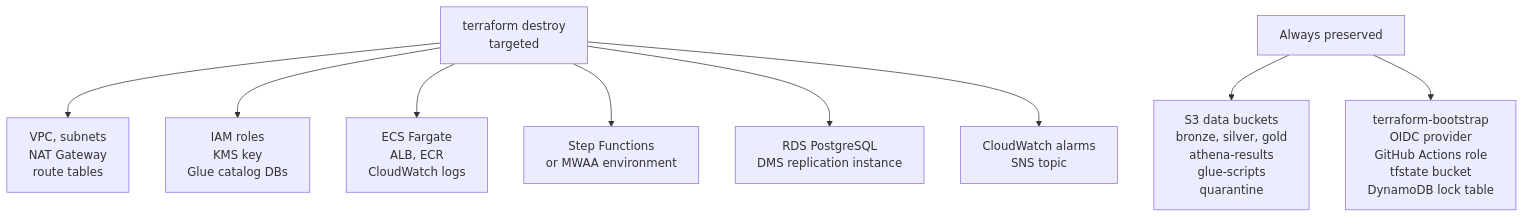
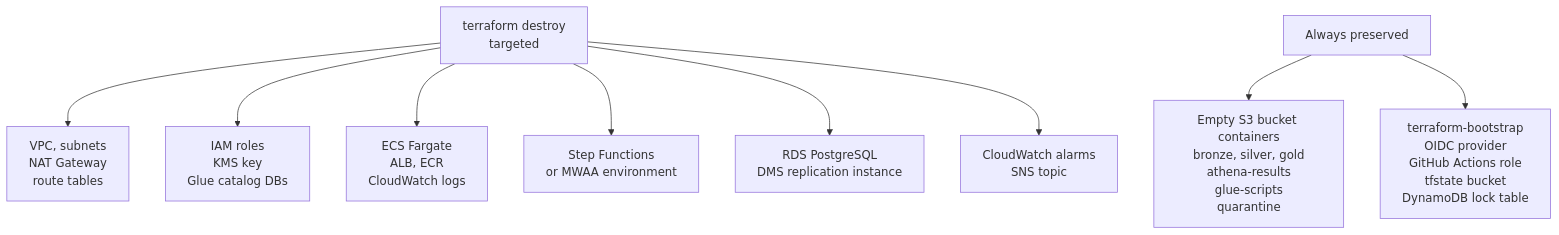
Before and after one commit to enterprise-data-platform-emeka/platform-session-orchestrator: the fourth of 4 diagrams in README.md, drawn with Mermaid. The commit also changed other lines of this file and 9 other files, not shown here.

````diff
--- a/README.md
+++ b/README.md
@@ -142,12 +143,12 @@
 ```mermaid
 flowchart TD
     DESTROY[terraform destroy\ntargeted] --> NET[VPC, subnets\nNAT Gateway\nroute tables]
     DESTROY --> IAM[IAM roles\nKMS key\nGlue catalog DBs]
     DESTROY --> COMPUTE[ECS Fargate\nALB, ECR\nCloudWatch logs]
     DESTROY --> ORCH[Step Functions\nor MWAA environment]
     DESTROY --> INGEST[RDS PostgreSQL\nDMS replication instance]
     DESTROY --> MON[CloudWatch alarms\nSNS topic]
 
-    PRESERVE[Always preserved] --> S3[S3 data buckets\nbronze, silver, gold\nathena-results\nglue-scripts\nquarantine]
+    PRESERVE[Always preserved] --> S3[Empty S3 bucket containers\nbronze, silver, gold\nathena-results\nglue-scripts\nquarantine]
     PRESERVE --> BOOT[terraform-bootstrap\nOIDC provider\nGitHub Actions role\ntfstate bucket\nDynamoDB lock table]
 ```
````
